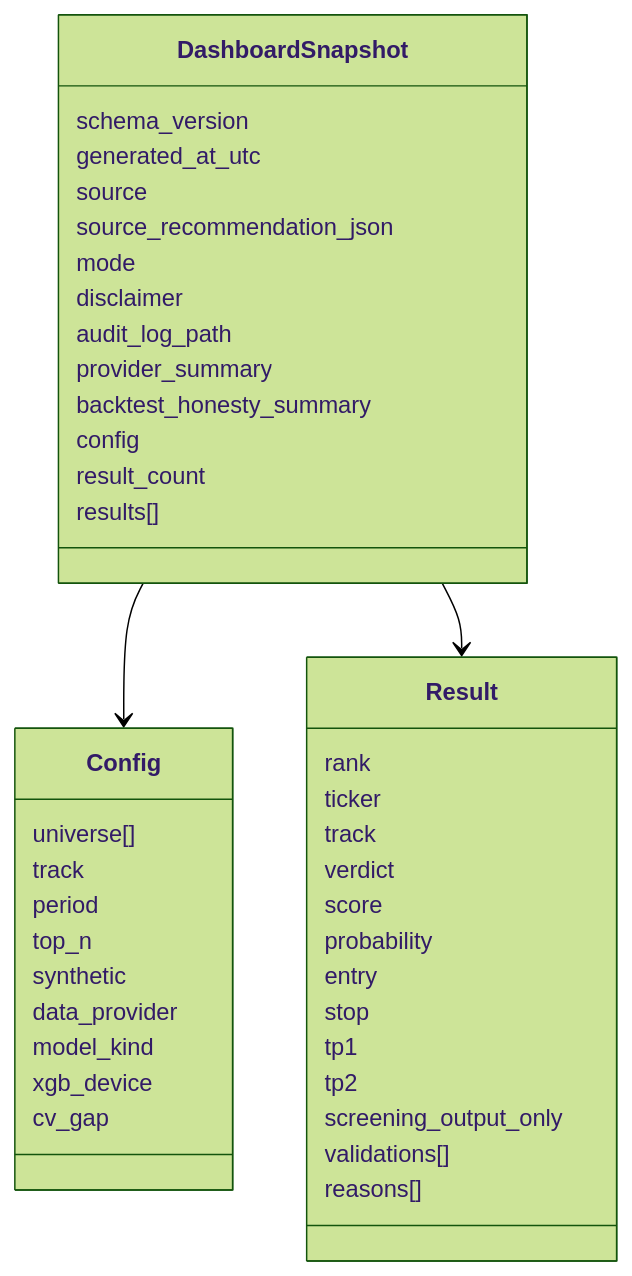
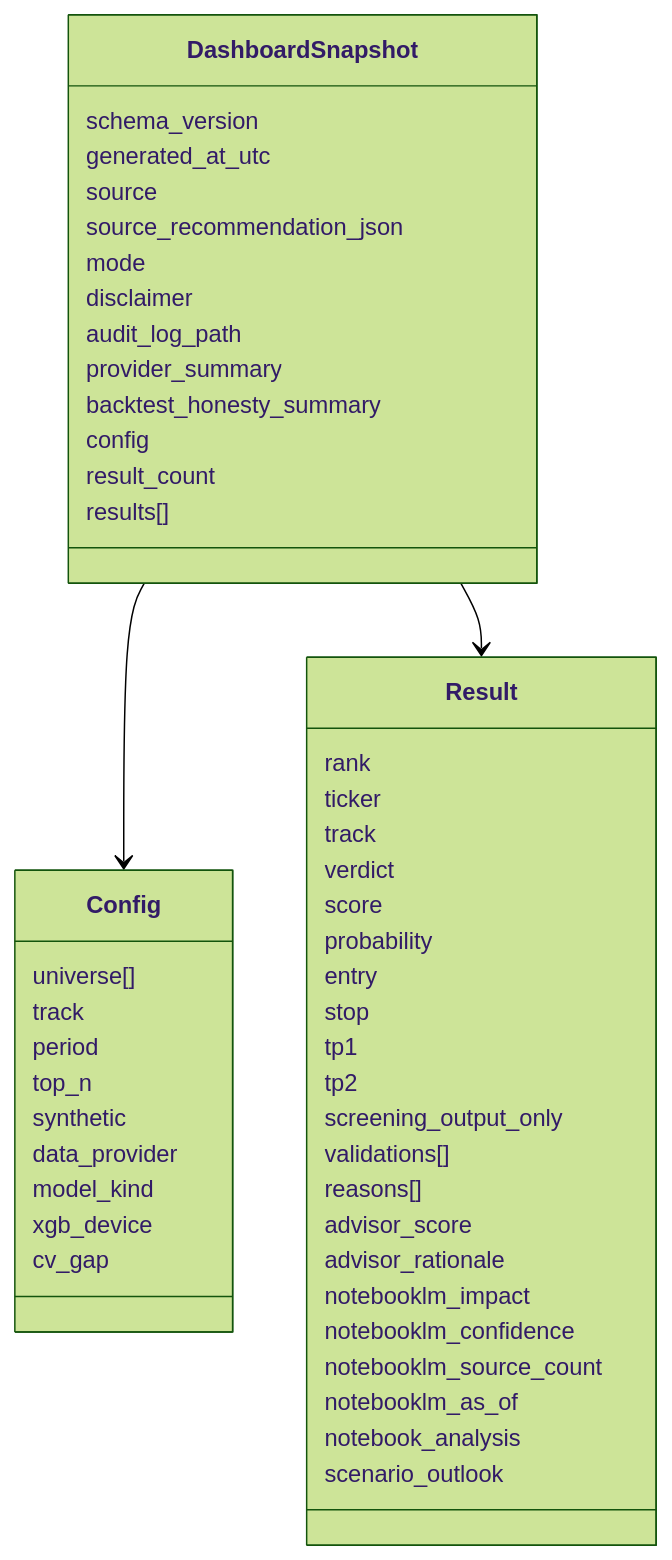
One commit to macho715/stock_hermes changed diagram 12 of 26 in COMPONENT_LAYOUT.md. Above: the diagram before and after it, drawn with Mermaid (forest theme). The commit also changed other lines of this file and 36 other files, not shown here.

````diff
--- a/COMPONENT_LAYOUT.md
+++ b/COMPONENT_LAYOUT.md
@@ -597,48 +669,56 @@
 ```mermaid
 classDiagram
     class DashboardSnapshot {
         schema_version
         generated_at_utc
         source
         source_recommendation_json
         mode
         disclaimer
         audit_log_path
         provider_summary
         backtest_honesty_summary
         config
         result_count
         results[]
     }
 
     class Config {
         universe[]
         track
         period
         top_n
         synthetic
         data_provider
         model_kind
         xgb_device
         cv_gap
     }
 
     class Result {
         rank
         ticker
         track
         verdict
         score
         probability
         entry
         stop
         tp1
         tp2
         screening_output_only
         validations[]
         reasons[]
+        advisor_score
+        advisor_rationale
+        notebooklm_impact
+        notebooklm_confidence
+        notebooklm_source_count
+        notebooklm_as_of
+        notebook_analysis
+        scenario_outlook
     }
 
     DashboardSnapshot --> Config
     DashboardSnapshot --> Result
 ```
````
